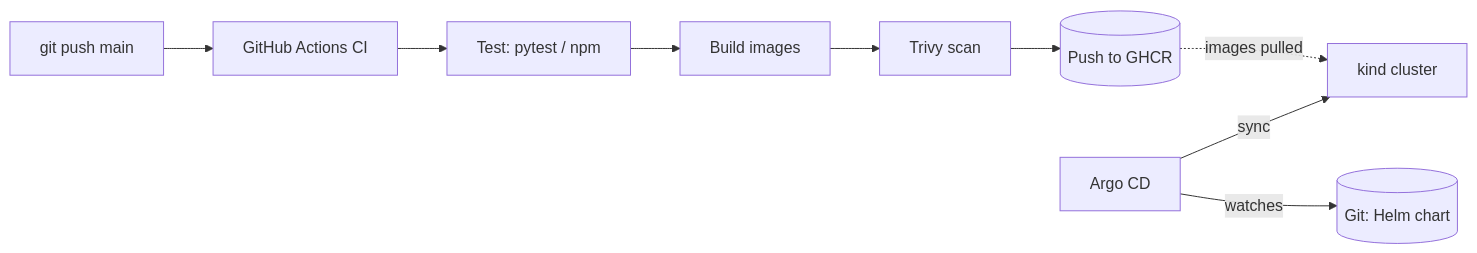
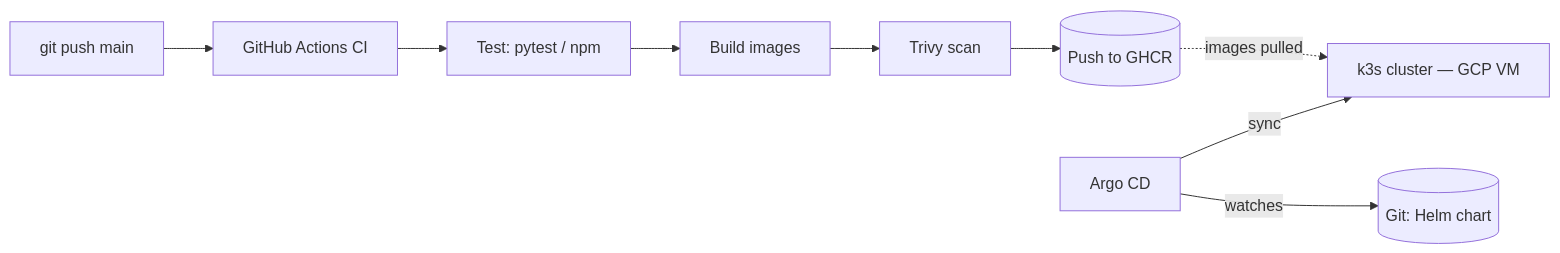
The second of 2 diagrams in README.md (artaoheed/baseline-LLMOps), drawn with Mermaid before and after one commit. The commit also changed other lines of this file, not shown here.

````diff
--- a/README.md
+++ b/README.md
@@ -42,11 +48,11 @@
 ```mermaid
 flowchart LR
     A[git push main] --> B[GitHub Actions CI]
     B --> C[Test: pytest / npm]
     C --> D[Build images]
     D --> E[Trivy scan]
     E --> F[(Push to GHCR)]
     G[Argo CD] -- watches --> H[(Git: Helm chart)]
-    G -- sync --> I[kind cluster]
+    G -- sync --> I[k3s cluster — GCP VM]
     F -. images pulled .-> I
 ```
````
